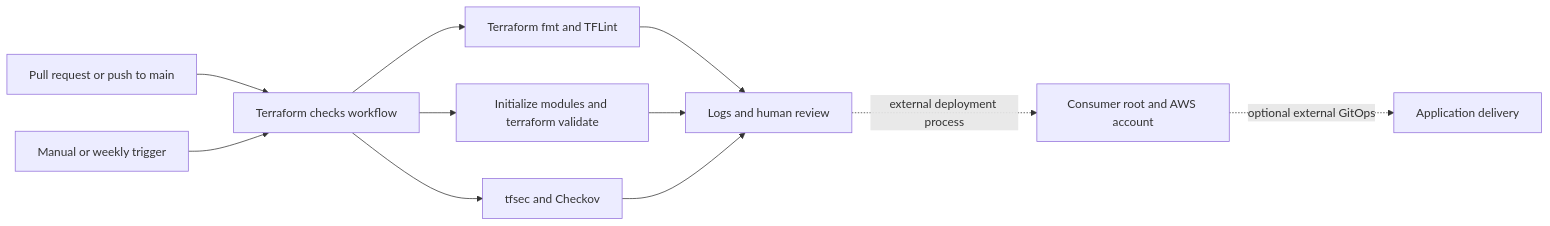
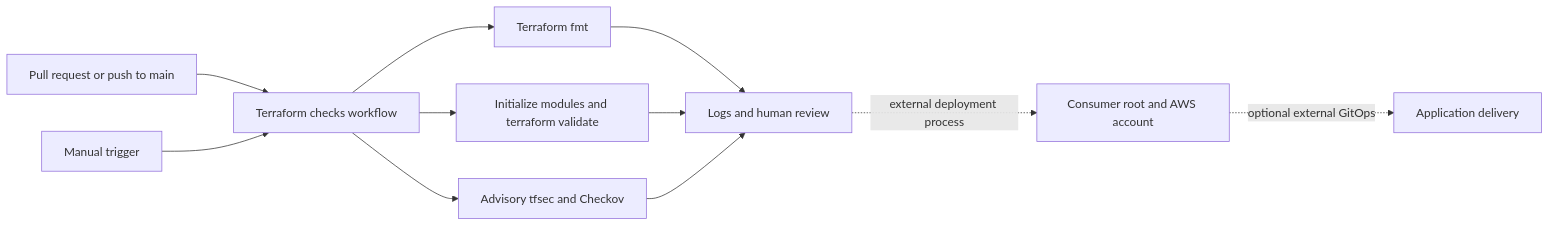
The second of 2 diagrams in README.md (huy8114644/terraform-aws-security-baseline), drawn with Mermaid before and after one commit. The commit also changed other lines of this file, not shown here.

Commit message:
docs(readme): clarify CI validation workflow triggers and scanner exit behaviors

````diff
--- a/README.md
+++ b/README.md
@@ -28,13 +28,13 @@
 ```mermaid
 flowchart LR
   Change[Pull request or push to main] --> CI[Terraform checks workflow]
-  Manual[Manual or weekly trigger] --> CI
-  CI --> Lint[Terraform fmt and TFLint]
+  Manual[Manual trigger] --> CI
+  CI --> Lint[Terraform fmt]
   CI --> Validate[Initialize modules and terraform validate]
-  CI --> Sec[tfsec and Checkov]
+  CI --> Sec[Advisory tfsec and Checkov]
   Lint --> Review[Logs and human review]
   Validate --> Review
   Sec --> Review
   Review -. external deployment process .-> Root[Consumer root and AWS account]
   Root -. optional external GitOps .-> Platform[Application delivery]
 ```
````
